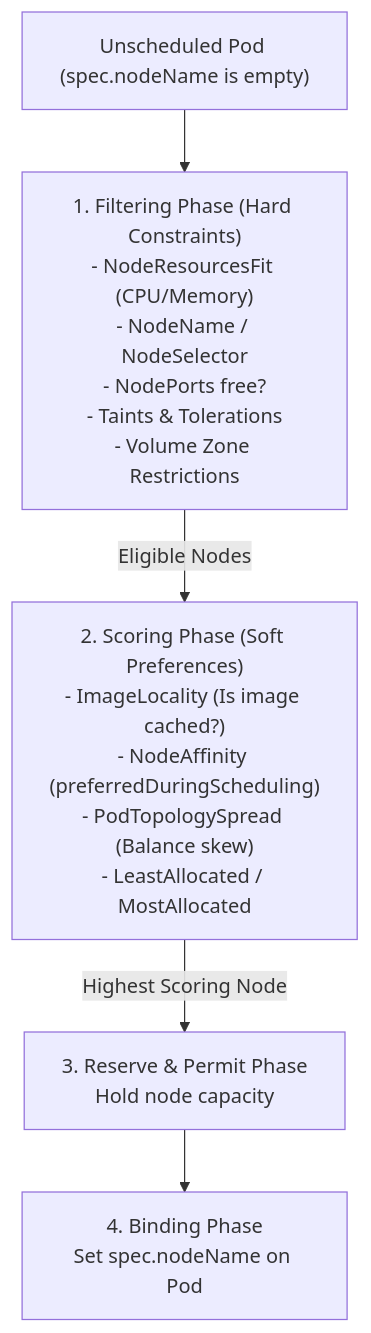
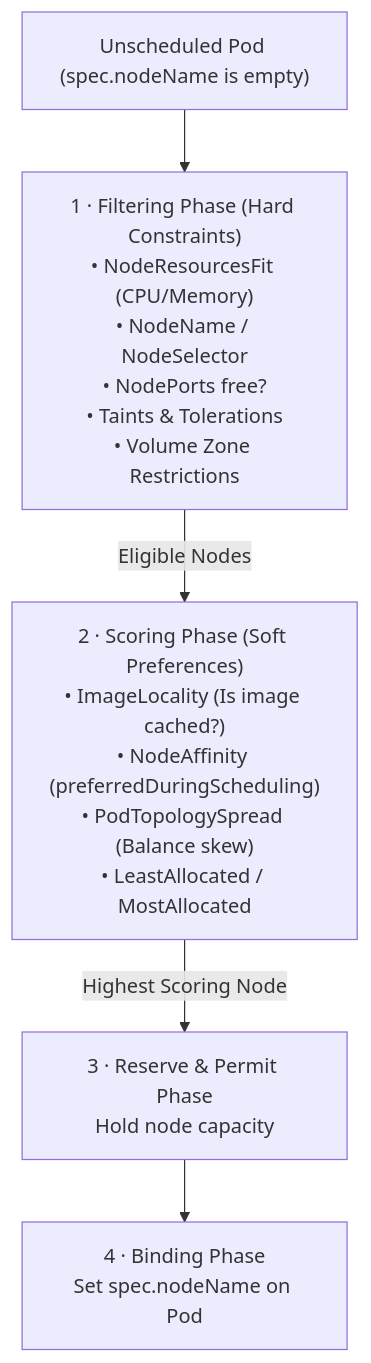
Before and after one commit to darshan-raul/cloudnative-wiki: the first of 3 diagrams in content/Kubernetes/review/scheduling-scaling-refresher.md, drawn with Mermaid. The commit also changed 94 other files, not shown here.

````diff
--- a/content/Kubernetes/review/scheduling-scaling-refresher.md
+++ b/content/Kubernetes/review/scheduling-scaling-refresher.md
@@ -14,7 +14,7 @@
 ```mermaid
 flowchart TD
-    Pod["Unscheduled Pod (spec.nodeName is empty)"] --> Filter["1. Filtering Phase (Hard Constraints)<br/>- NodeResourcesFit (CPU/Memory)<br/>- NodeName / NodeSelector<br/>- NodePorts free?<br/>- Taints & Tolerations<br/>- Volume Zone Restrictions"]
-    Filter -->|Eligible Nodes| Score["2. Scoring Phase (Soft Preferences)<br/>- ImageLocality (Is image cached?)<br/>- NodeAffinity (preferredDuringScheduling)<br/>- PodTopologySpread (Balance skew)<br/>- LeastAllocated / MostAllocated"]
-    Score -->|Highest Scoring Node| Reserve["3. Reserve & Permit Phase<br/>Hold node capacity"]
-    Reserve --> Bind["4. Binding Phase<br/>Set spec.nodeName on Pod"]
+    Pod["Unscheduled Pod (spec.nodeName is empty)"] --> Filter["1 · Filtering Phase (Hard Constraints)<br/>• NodeResourcesFit (CPU/Memory)<br/>• NodeName / NodeSelector<br/>• NodePorts free?<br/>• Taints & Tolerations<br/>• Volume Zone Restrictions"]
+    Filter -->|Eligible Nodes| Score["2 · Scoring Phase (Soft Preferences)<br/>• ImageLocality (Is image cached?)<br/>• NodeAffinity (preferredDuringScheduling)<br/>• PodTopologySpread (Balance skew)<br/>• LeastAllocated / MostAllocated"]
+    Score -->|Highest Scoring Node| Reserve["3 · Reserve & Permit Phase<br/>Hold node capacity"]
+    Reserve --> Bind["4 · Binding Phase<br/>Set spec.nodeName on Pod"]
 ```
````
